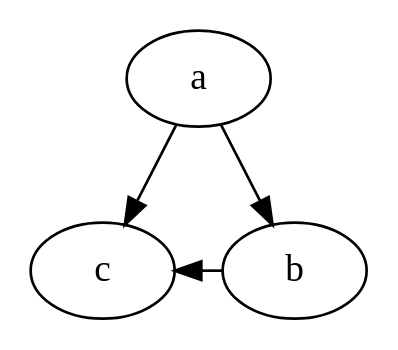
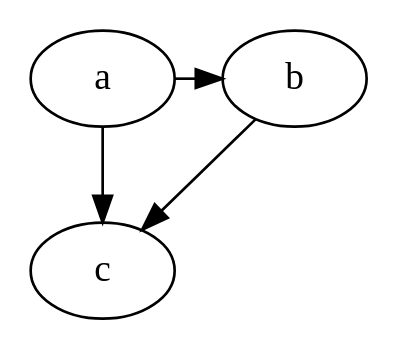
One commit to sisyphus1212/note changed the diagram in dpdk/内存管理.md. Above: the diagram before and after it, drawn with Graphviz.

Commit message:
auto_update

````diff
--- a/dpdk/内存管理.md
+++ b/dpdk/内存管理.md
@@ -16,7 +16,7 @@
 ```graphviz
 digraph G {
   a -> c;
-  a -> b;
+  a -> b [constraint=false];
   b -> c [constraint=false];
 }
 ```
````
